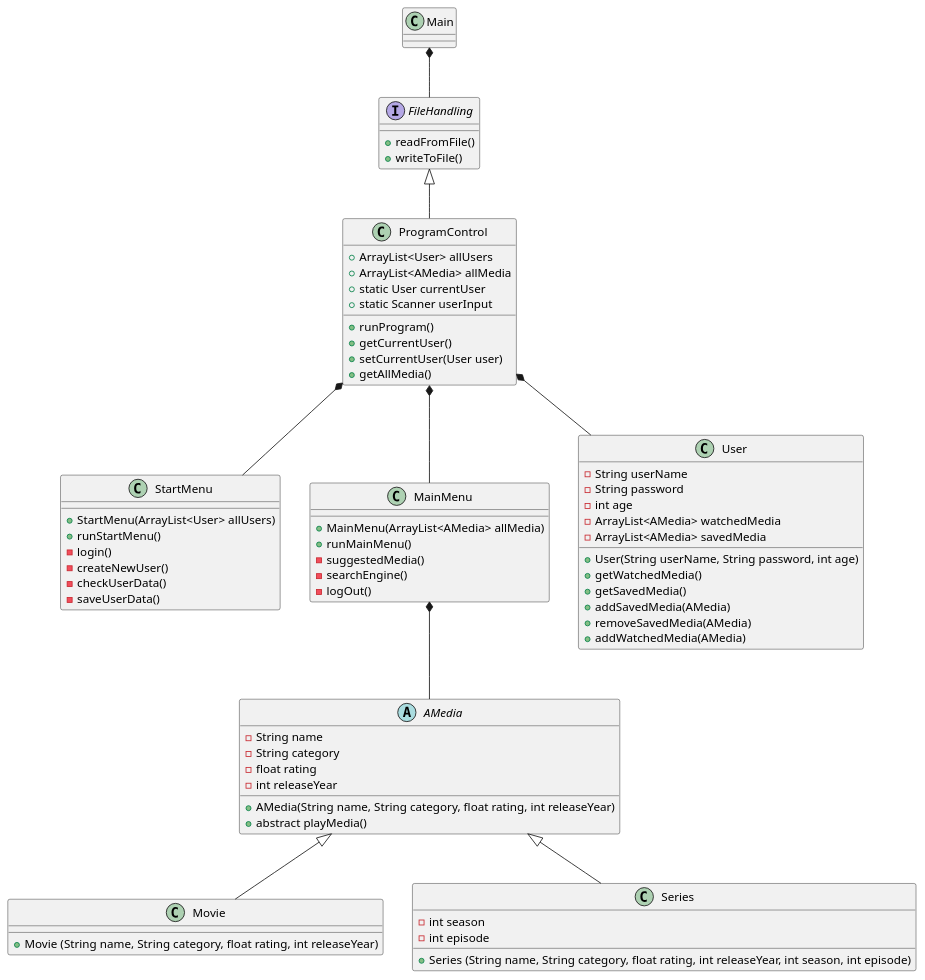
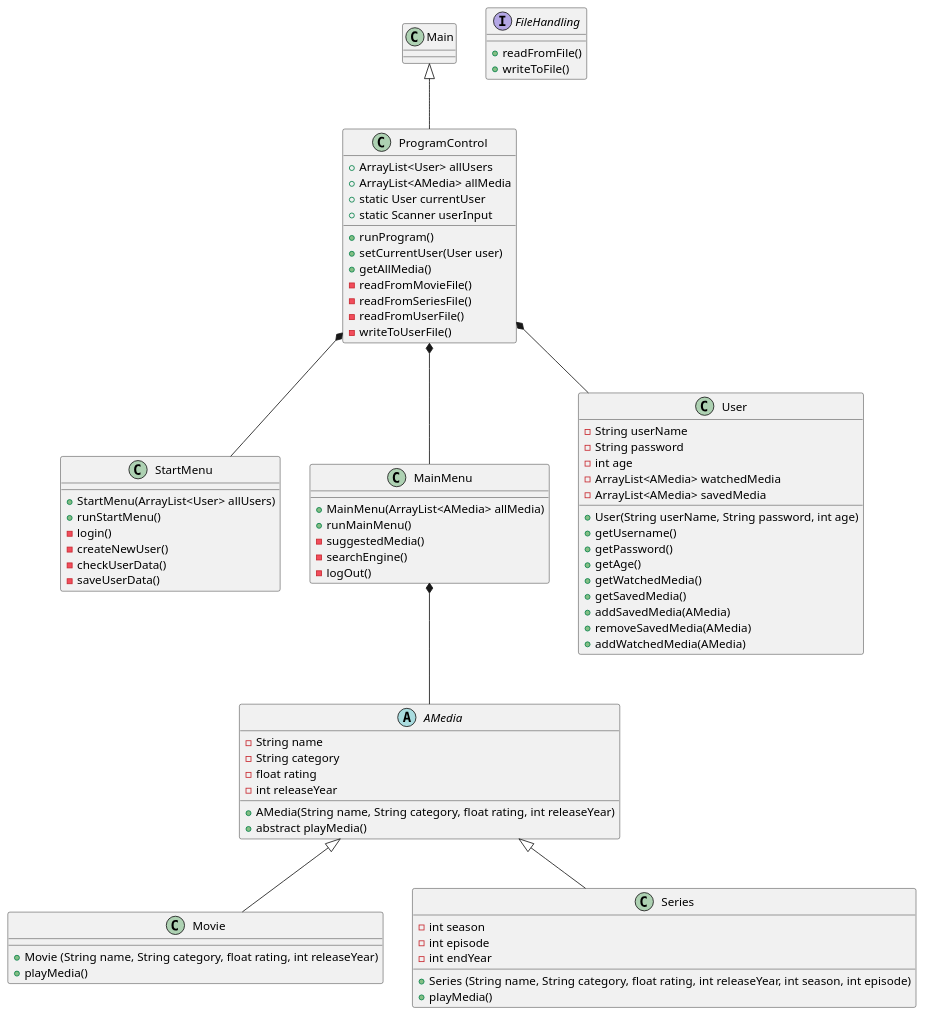
Before and after one commit to MrJustMeDahl/SP3---Streamingtjeneste: the diagram in Design/Streamingservice design.puml, drawn with PlantUML. The commit also changed 1 other file, not shown here.

```diff
--- a/Design/Streamingservice design.puml
+++ b/Design/Streamingservice design.puml
@@ -1,79 +1,87 @@
 @startuml
 class Main
-Main *-- FileHandling
-FileHandling <|-- ProgramControl
+Main <|-- ProgramControl
 ProgramControl *-- StartMenu
 ProgramControl *-- MainMenu
 ProgramControl *-- User
 
 MainMenu *-- AMedia
 AMedia <|-- Movie
 AMedia <|-- Series
 
 class ProgramControl{
 + ArrayList<User> allUsers
 + ArrayList<AMedia> allMedia
 + static User currentUser
 + static Scanner userInput
 + runProgram()
-+ getCurrentUser()
 + setCurrentUser(User user)
 + getAllMedia()
+- readFromMovieFile()
+- readFromSeriesFile()
+- readFromUserFile()
+- writeToUserFile()
 }
 
 class StartMenu{
 + StartMenu(ArrayList<User> allUsers)
 + runStartMenu()
 - login()
 - createNewUser()
 - checkUserData()
 - saveUserData()
 }
 
 class MainMenu{
 + MainMenu(ArrayList<AMedia> allMedia)
 + runMainMenu()
 - suggestedMedia()
 - searchEngine()
 - logOut()
 }
 
 abstract class AMedia{
 - String name
 - String category
 - float rating
 - int releaseYear
 + AMedia(String name, String category, float rating, int releaseYear)
 + abstract playMedia()
 }
 
 class Movie{
 + Movie (String name, String category, float rating, int releaseYear)
++ playMedia()
 }
 
 class Series{
 - int season
 - int episode
+- int endYear
 + Series (String name, String category, float rating, int releaseYear, int season, int episode)
++ playMedia()
 }
 
 class User{
 - String userName
 - String password
 - int age
 - ArrayList<AMedia> watchedMedia
 - ArrayList<AMedia> savedMedia
 + User(String userName, String password, int age)
++ getUsername()
++ getPassword()
++ getAge()
 + getWatchedMedia()
 + getSavedMedia()
 + addSavedMedia(AMedia)
 + removeSavedMedia(AMedia)
 + addWatchedMedia(AMedia)
 }
 
 interface FileHandling{
 + readFromFile()
 + writeToFile()
 }
 
 @enduml
```
